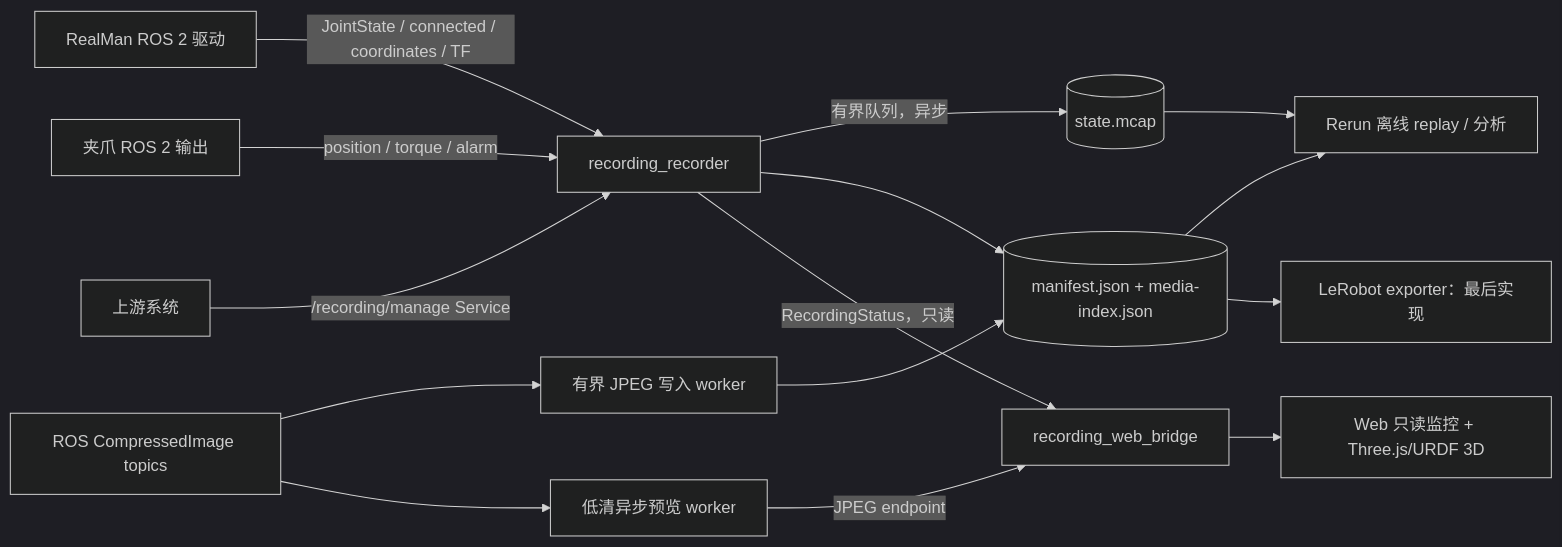
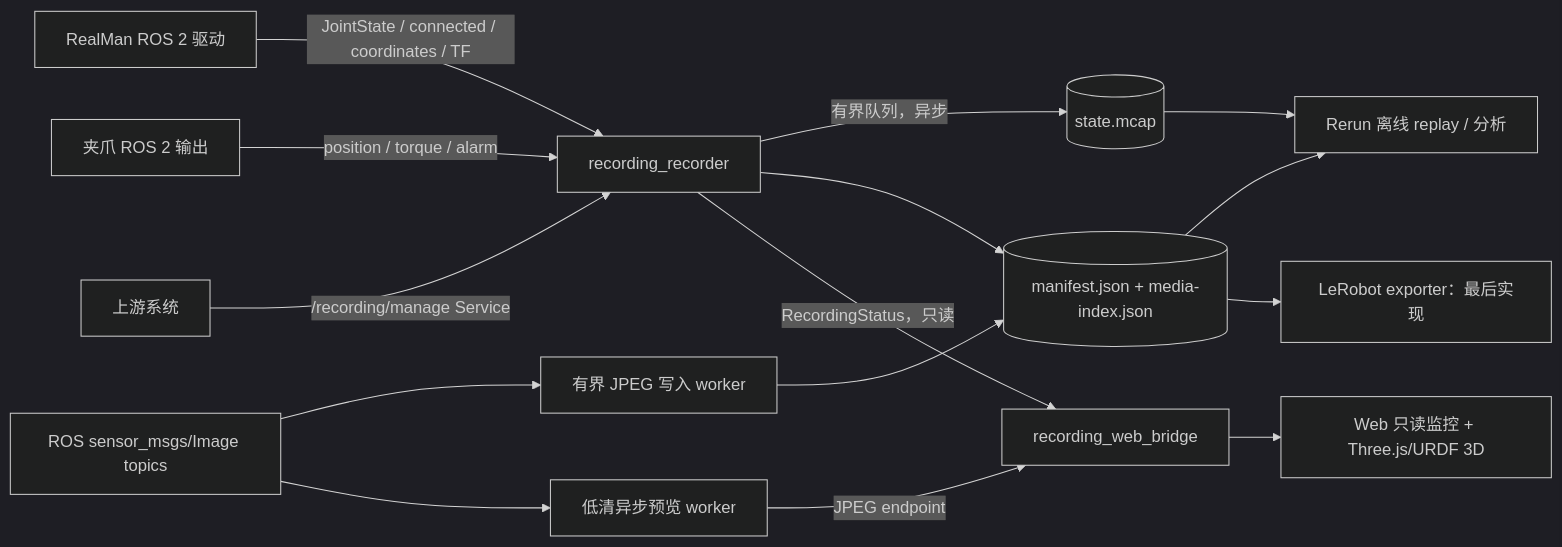
One commit to QingTianRobot/realman_pi changed the diagram in src/recording/README.md. Above: the diagram before and after it, drawn with Mermaid (dark theme). The commit also changed other lines of this file and 6 other files, not shown here.

````diff
--- a/src/recording/README.md
+++ b/src/recording/README.md
@@ -58,17 +58,17 @@
 ```mermaid
 flowchart LR
   D[RealMan ROS 2 驱动] -->|JointState / connected / coordinates / TF| R[recording_recorder]
   G[夹爪 ROS 2 输出] -->|position / torque / alarm| R
-  C[ROS CompressedImage topics] --> V[有界 JPEG 写入 worker]
+  C[ROS sensor_msgs/Image topics] --> V[有界 JPEG 写入 worker]
   R -->|有界队列，异步| M[(state.mcap)]
   R --> S[(manifest.json + media-index.json)]
   V --> S
   R -->|RecordingStatus，只读| W[recording_web_bridge]
   C --> P[低清异步预览 worker]
   P -->|JPEG endpoint| W
   W --> B[Web 只读监控 + Three.js/URDF 3D]
   S --> Q[Rerun 离线 replay / 分析]
   M --> Q
   U[上游系统] -->|/recording/manage Service| R
   S --> L[LeRobot exporter：最后实现]
 ```
````
